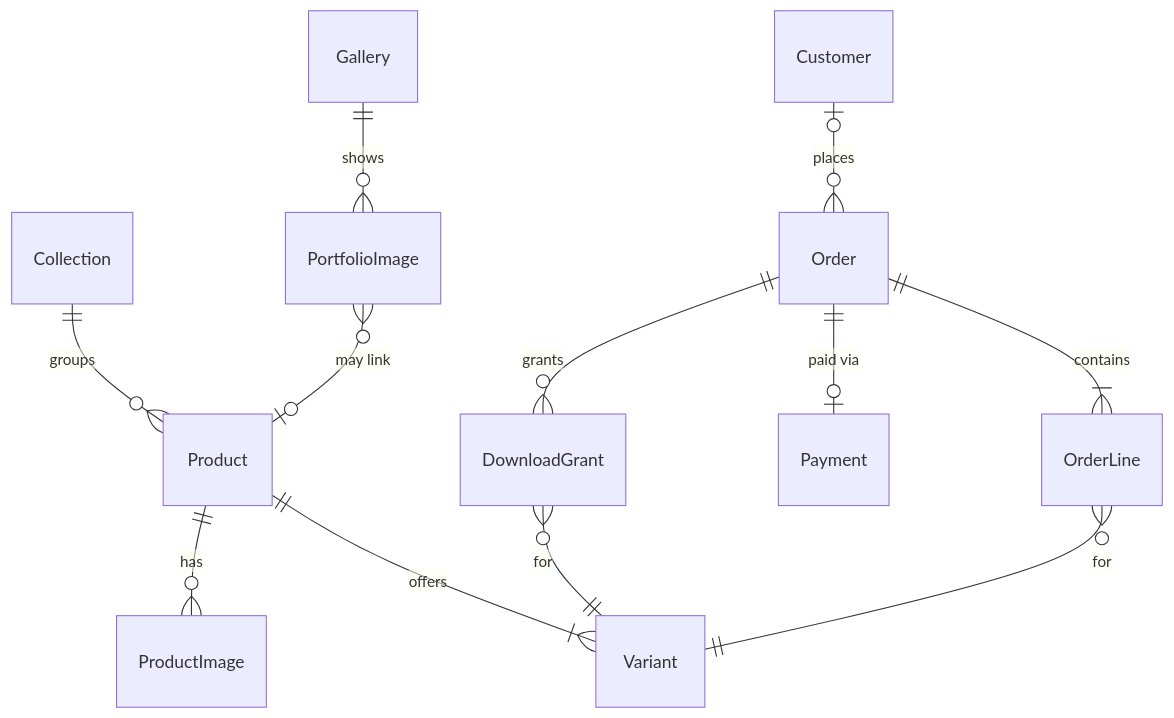
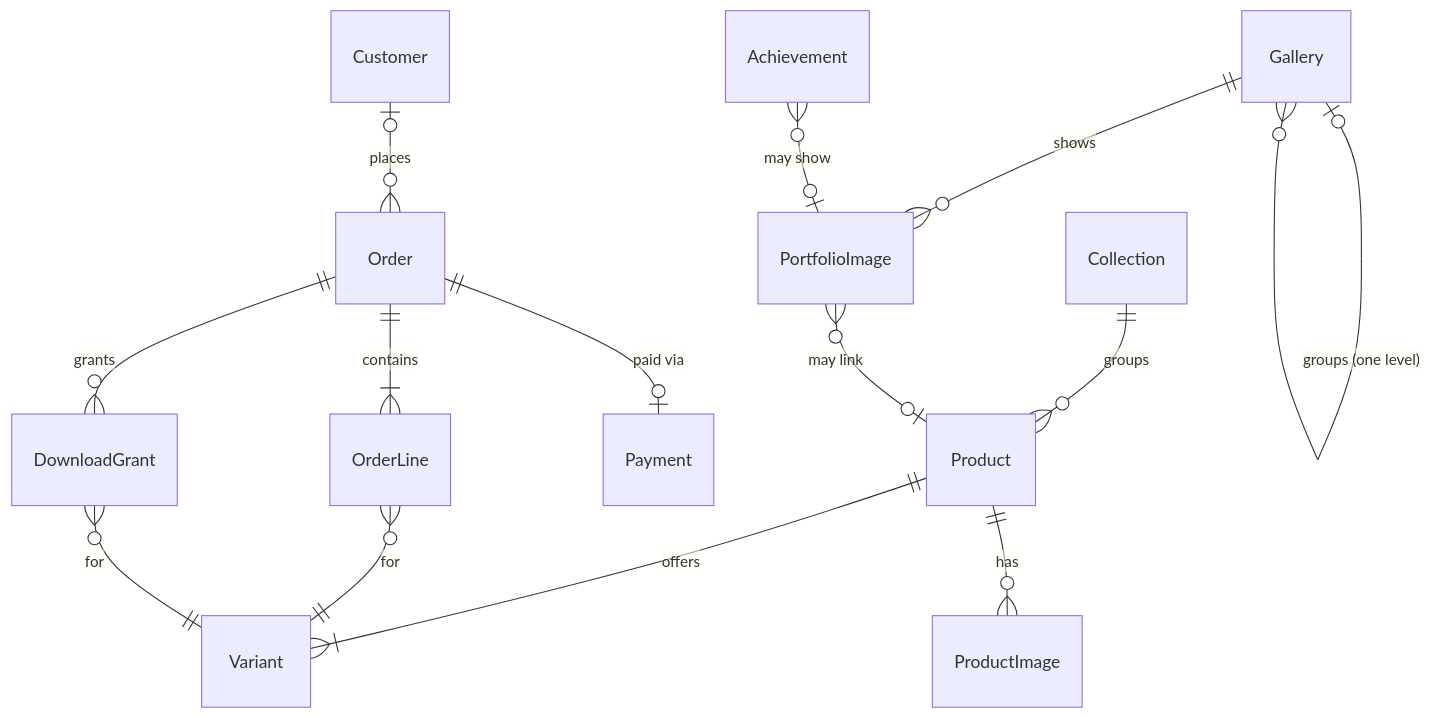
One commit to Viktorious1701/SamThuongShop changed the third of 3 diagrams in _bmad-output/planning-artifacts/architecture/architecture-SamThuongShop-2026-07-18/ARCHITECTURE-SPINE.md. Above: the diagram before and after it, drawn with Mermaid. The commit also changed other lines of this file and 4 other files, not shown here.

````diff
--- a/_bmad-output/planning-artifacts/architecture/architecture-SamThuongShop-2026-07-18/ARCHITECTURE-SPINE.md
+++ b/_bmad-output/planning-artifacts/architecture/architecture-SamThuongShop-2026-07-18/ARCHITECTURE-SPINE.md
@@ -175,14 +175,16 @@
 ```mermaid
 erDiagram
   Collection ||--o{ Product : groups
   Product ||--|{ Variant : offers
   Product ||--o{ ProductImage : has
   Order ||--|{ OrderLine : contains
   OrderLine }o--|| Variant : "for"
   Customer |o--o{ Order : places
   Order ||--o| Payment : "paid via"
   Order ||--o{ DownloadGrant : grants
   DownloadGrant }o--|| Variant : "for"
   Gallery ||--o{ PortfolioImage : shows
+  Gallery |o--o{ Gallery : "groups (one level)"
   PortfolioImage }o--o| Product : "may link"
+  Achievement }o--o| PortfolioImage : "may show"
 ```
````
